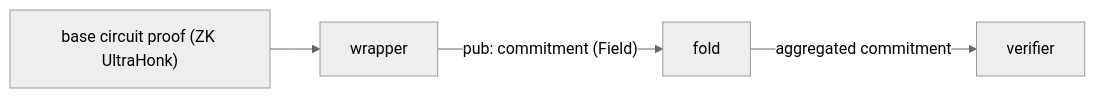
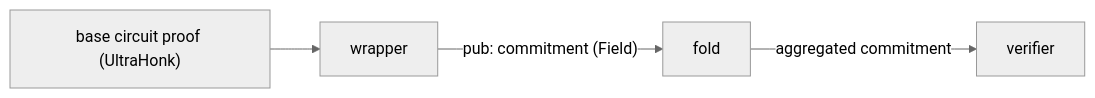
The diagram in circuits/bin/recursive_aggregation/wrapper/README.md (gnosisguild/enclave), drawn with Mermaid (neutral theme) before and after one commit. The commit also changed other lines of this file and 2 other files, not shown here.

````diff
--- a/circuits/bin/recursive_aggregation/wrapper/README.md
+++ b/circuits/bin/recursive_aggregation/wrapper/README.md
@@ -43,6 +42,6 @@
 ```mermaid
 flowchart LR
-    Base["base circuit proof (ZK UltraHonk)"] --> W["wrapper"]
+    Base["base circuit proof (UltraHonk)"] --> W["wrapper"]
     W -->|"pub: commitment (Field)"| F["fold"]
     F -->|"aggregated commitment"| Out["verifier"]
 ```
````
